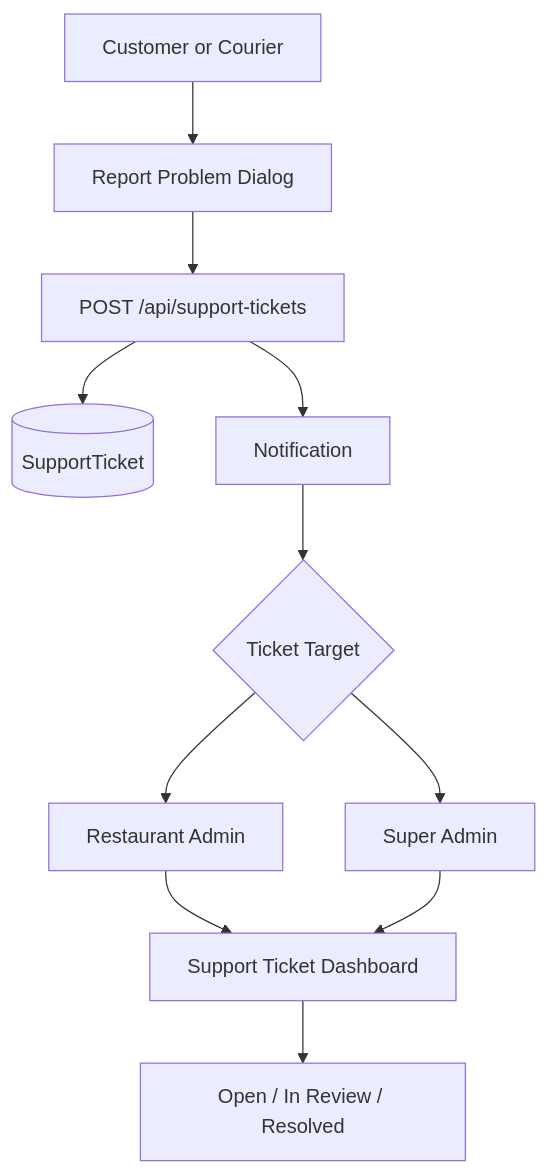
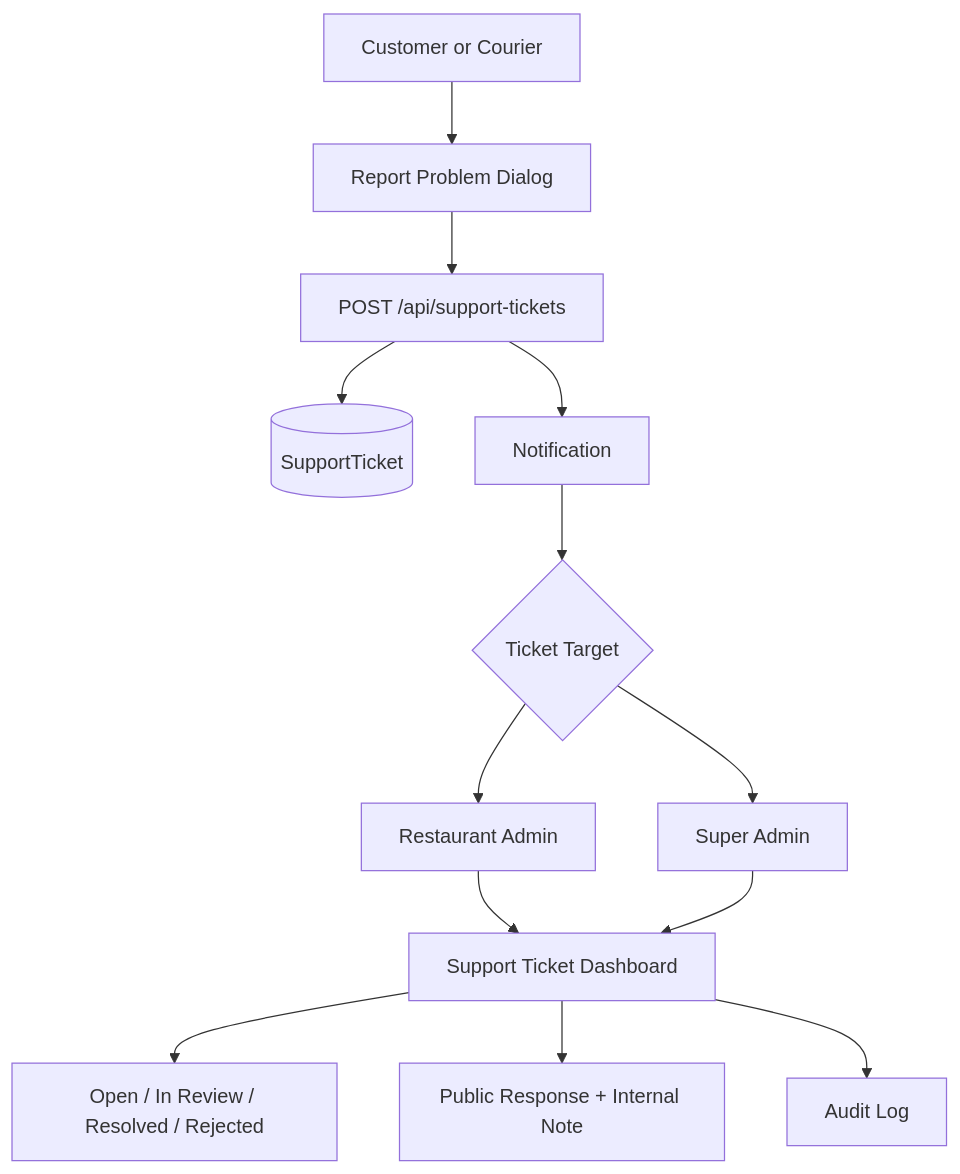
The eighth of 9 diagrams in ARCHITECTURE.md (kimamovic21/food-ordering-app-nextjs16-2025), drawn with Mermaid before and after one commit. The commit also changed other lines of this file and 14 other files, not shown here.

````diff
--- a/ARCHITECTURE.md
+++ b/ARCHITECTURE.md
@@ -340,13 +340,15 @@
 ```mermaid
 flowchart TD
   Reporter[Customer or Courier] --> Dialog[Report Problem Dialog]
   Dialog --> TicketAPI[POST /api/support-tickets]
   TicketAPI --> Ticket[(SupportTicket)]
   TicketAPI --> Notify[Notification]
   Notify --> Target{Ticket Target}
   Target --> RestaurantOwner[Restaurant Admin]
   Target --> SuperAdmin[Super Admin]
   RestaurantOwner --> Dashboard[Support Ticket Dashboard]
   SuperAdmin --> Dashboard
-  Dashboard --> Status[Open / In Review / Resolved]
+  Dashboard --> Status[Open / In Review / Resolved / Rejected]
+  Dashboard --> Notes[Public Response + Internal Note]
+  Dashboard --> Audit[Audit Log]
 ```
````
